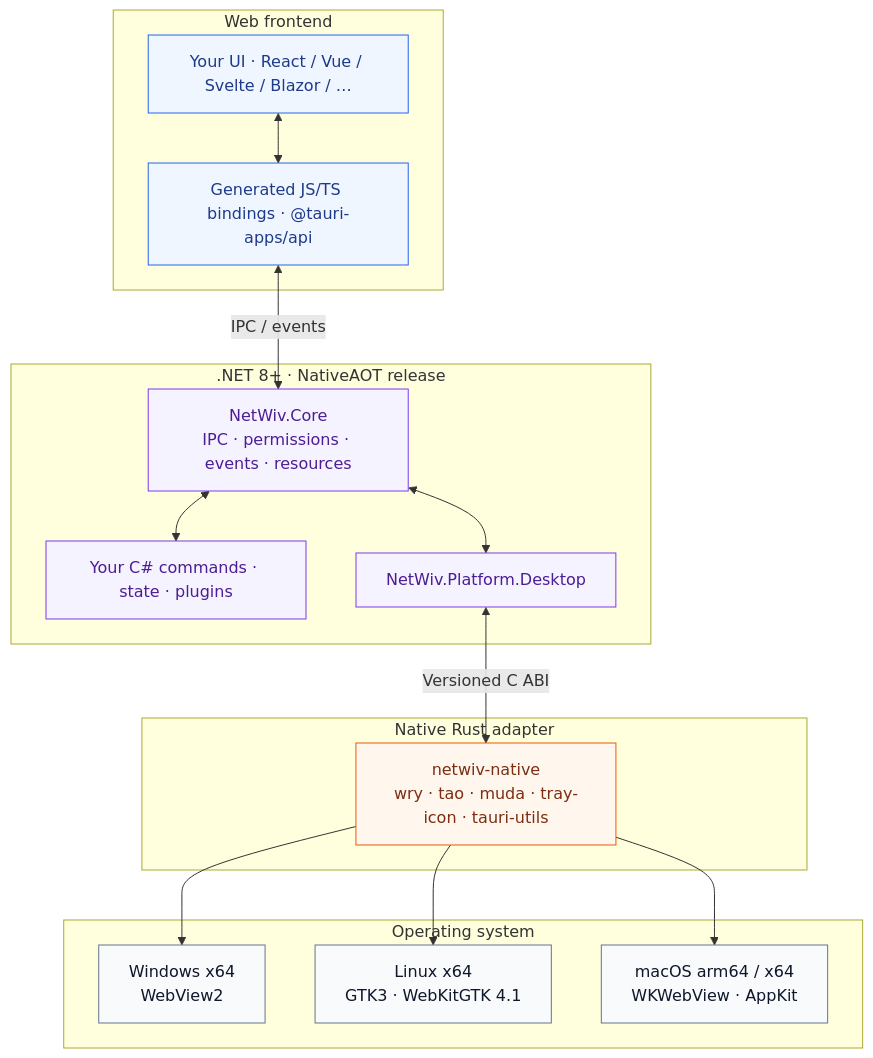
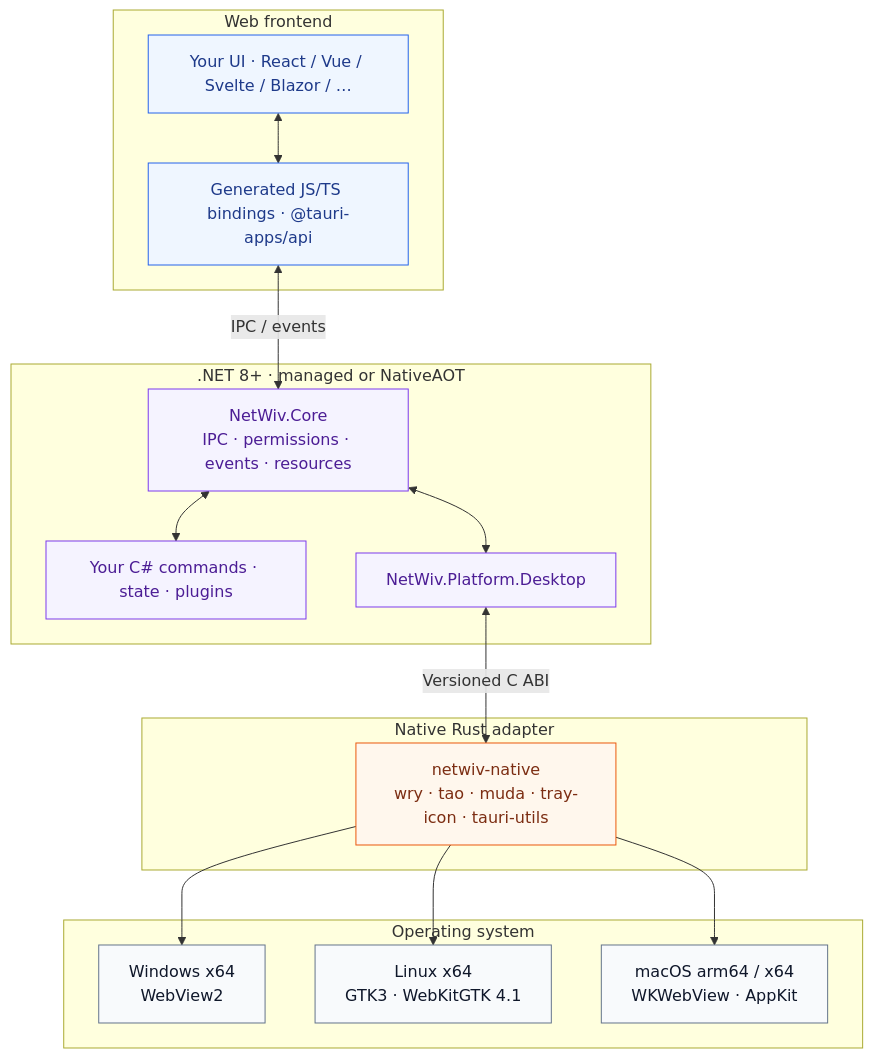
Before and after one commit to kim0522ms/NetWiv: the diagram in README.md, drawn with Mermaid. The commit also changed other lines of this file and 25 other files, not shown here.

Commit message:
Make NativeAOT optional for consumer application deployment

````diff
--- a/README.md
+++ b/README.md
@@ -95,41 +95,41 @@
 ```mermaid
 flowchart TB
     subgraph frontend["Web frontend"]
         UI["Your UI · React / Vue / Svelte / Blazor / …"]
         Guest["Generated JS/TS bindings · @tauri-apps/api"]
         UI <--> Guest
     end
 
-    subgraph managed[".NET 8+ · NativeAOT release"]
+    subgraph managed[".NET 8+ · managed or NativeAOT"]
         Core["NetWiv.Core<br/>IPC · permissions · events · resources"]
         App["Your C# commands · state · plugins"]
         Adapter["NetWiv.Platform.Desktop"]
         Core <--> App
         Core <--> Adapter
     end
 
     subgraph native["Native Rust adapter"]
         Runtime["netwiv-native<br/>wry · tao · muda · tray-icon · tauri-utils"]
     end
 
     subgraph platform["Operating system"]
         Windows["Windows x64<br/>WebView2"]
         Linux["Linux x64<br/>GTK3 · WebKitGTK 4.1"]
         Mac["macOS arm64 / x64<br/>WKWebView · AppKit"]
     end
 
     Guest <-->|IPC / events| Core
     Adapter <-->|Versioned C ABI| Runtime
     Runtime --> Windows
     Runtime --> Linux
     Runtime --> Mac
 
     classDef web fill:#eff6ff,stroke:#2563eb,color:#1e3a8a
     classDef dotnet fill:#f5f3ff,stroke:#7c3aed,color:#4c1d95
     classDef rust fill:#fff7ed,stroke:#ea580c,color:#7c2d12
     classDef os fill:#f8fafc,stroke:#64748b,color:#0f172a
     class UI,Guest web
     class Core,App,Adapter dotnet
     class Runtime rust
     class Windows,Linux,Mac os
 ```
````
